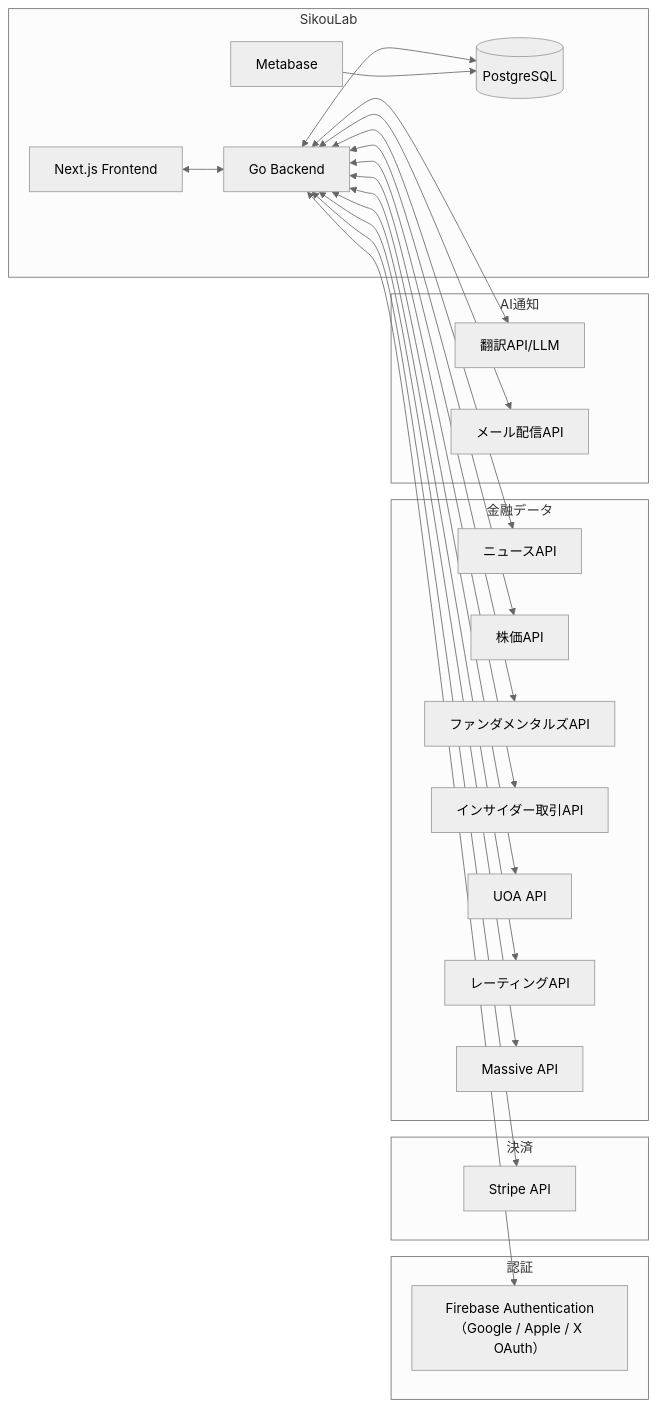
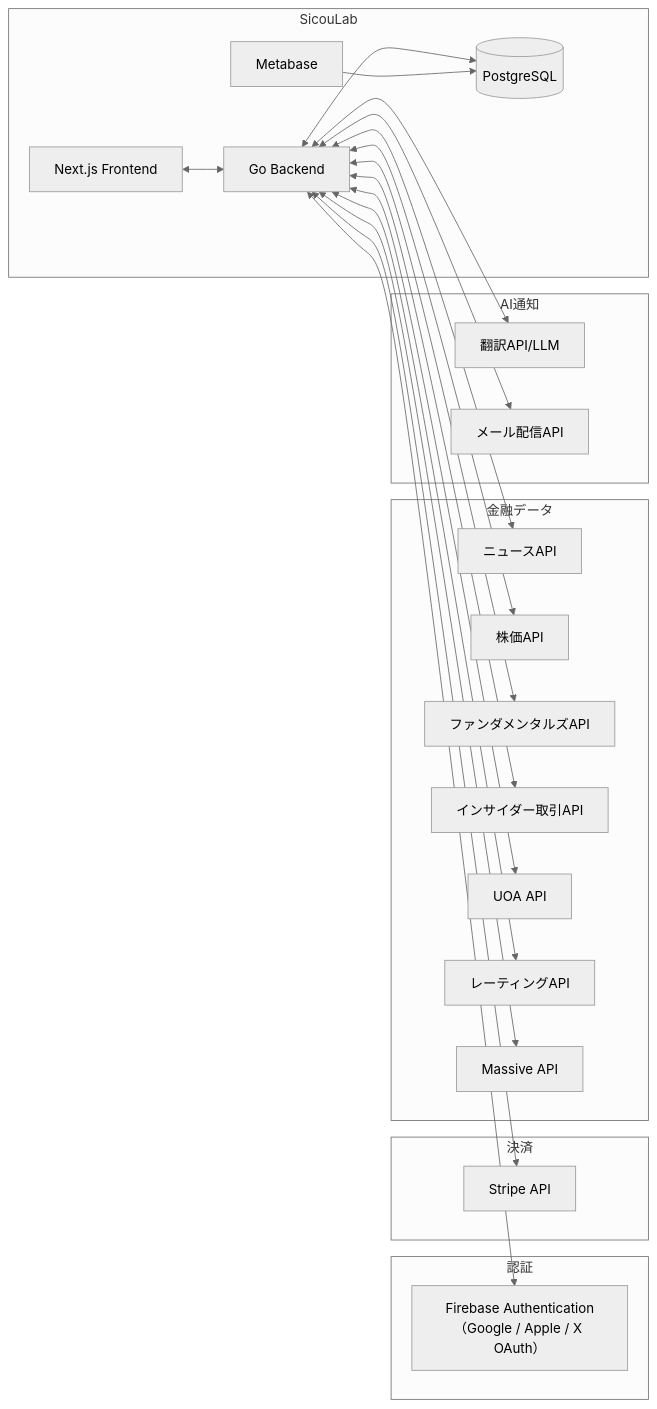
One commit to RRRRRRR-777/SikouLab changed the third of 3 diagrams in docs/versions/1_0_0/system-design.md. Above: the diagram before and after it, drawn with Mermaid (neutral theme). The commit also changed other lines of this file and 30 other files, not shown here.

First line of the commit message:
refactor: SikouLab → SicouLab 全リネーム

````diff
--- a/docs/versions/1_0_0/system-design.md
+++ b/docs/versions/1_0_0/system-design.md
@@ -458,49 +458,49 @@
 ```mermaid
 flowchart LR
-    subgraph SikouLab
+    subgraph SicouLab
         Frontend[Next.js Frontend]
         Backend[Go Backend]
         DB[(PostgreSQL)]
         Metabase[Metabase]
     end
 
     subgraph 認証
         FirebaseAuth[Firebase Authentication<br/>（Google / Apple / X OAuth）]
     end
 
     subgraph 決済
         Stripe[Stripe API]
     end
 
     subgraph 金融データ
         NewsAPI[ニュースAPI]
         StockAPI[株価API]
         FundaAPI[ファンダメンタルズAPI]
         InsiderAPI[インサイダー取引API]
         UOAAPI[UOA API]
         RatingAPI[レーティングAPI]
         MassiveAPI[Massive API]
     end
 
     subgraph AI通知
         TranslateAPI[翻訳API/LLM]
         EmailAPI[メール配信API]
     end
 
     Frontend <--> Backend
     Backend <--> DB
     Metabase --> DB
 
     Backend <--> FirebaseAuth
     Backend <--> Stripe
 
     Backend <--> NewsAPI
     Backend <--> StockAPI
     Backend <--> FundaAPI
     Backend <--> InsiderAPI
     Backend <--> UOAAPI
     Backend <--> RatingAPI
     Backend <--> MassiveAPI
     Backend <--> TranslateAPI
     Backend <--> EmailAPI
 ```
````
